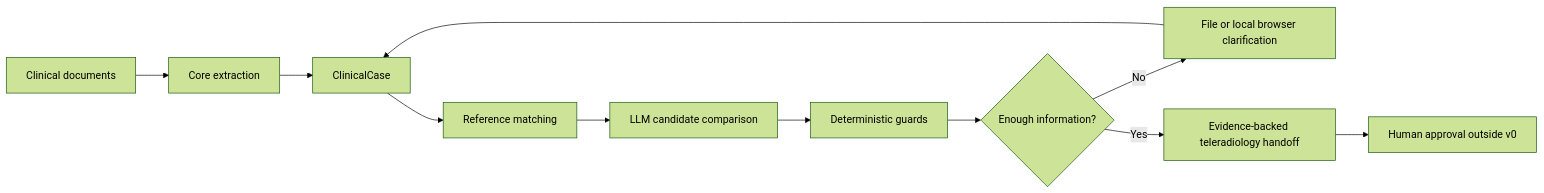
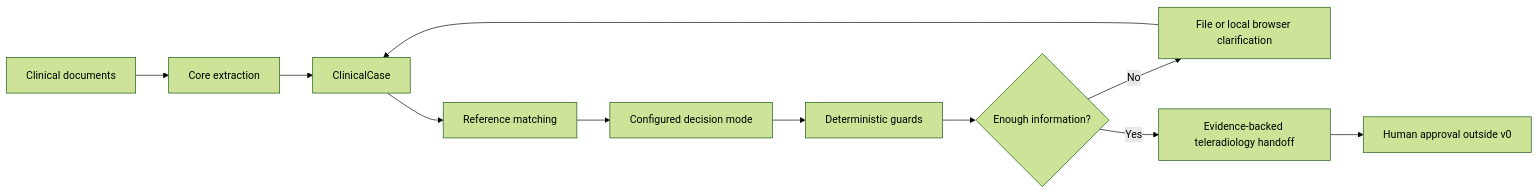
The diagram in docs/README.md (Thibescobar/bulkinout), drawn with Mermaid (forest theme) before and after one commit. The commit also changed other lines of this file and 34 other files, not shown here.

````diff
--- a/docs/README.md
+++ b/docs/README.md
@@ -9,13 +9,13 @@
 ```mermaid
 flowchart LR
     A[Clinical documents] --> B[Core extraction]
     B --> C[ClinicalCase]
     C --> D[Reference matching]
-    D --> E[LLM candidate comparison]
+    D --> E[Configured decision mode]
     E --> F[Deterministic guards]
     F --> G{Enough information?}
     G -- No --> H[File or local browser clarification]
     H --> C
     G -- Yes --> I[Evidence-backed teleradiology handoff]
     I --> J[Human approval outside v0]
 ```
````
